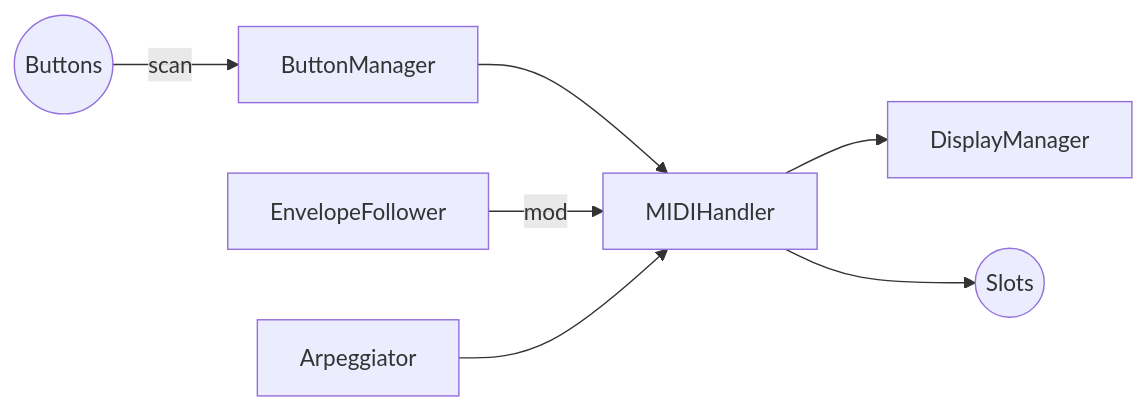
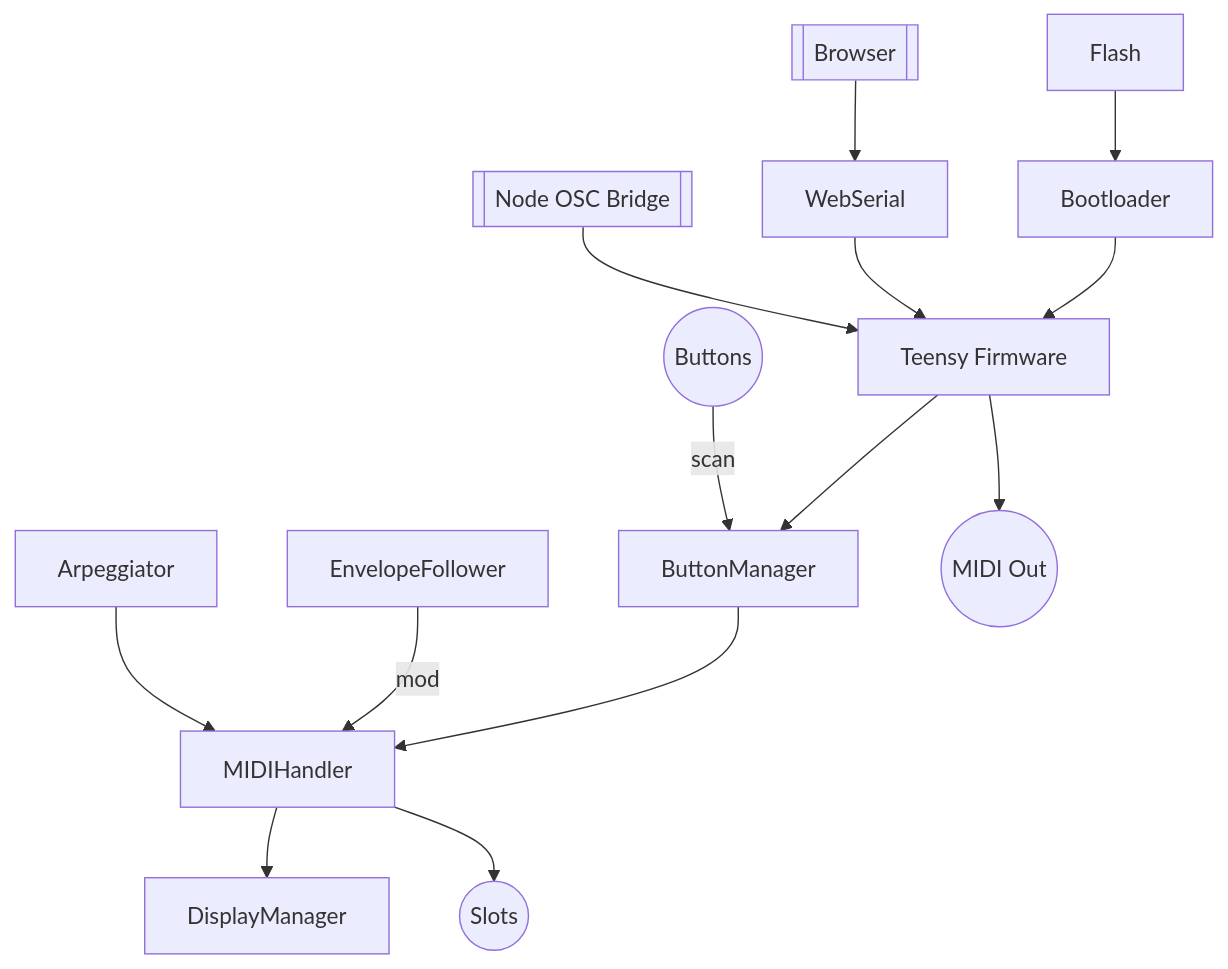
Before and after one commit to bseverns/MOARkNOBS-42: the diagram in docs/README.md, drawn with Mermaid. The commit also changed other lines of this file and 1 other file, not shown here.

Commit message:
docs: condense mermaid chaos into fewer diagrams

````diff
--- a/docs/README.md
+++ b/docs/README.md
@@ -13,9 +13,13 @@
 ```mermaid
-graph LR
-  Buttons((Buttons)) -->|scan| BM[ButtonManager]
-  BM --> MIDI[MIDIHandler]
+flowchart TD
+  Flash --> Loader[Bootloader] --> FW[Teensy Firmware]
+  FW --> BM[ButtonManager]
+  Buttons((Buttons)) -->|scan| BM --> MIDI[MIDIHandler]
   EF[EnvelopeFollower] -->|mod| MIDI
   ARP[Arpeggiator] --> MIDI
   MIDI --> DM[DisplayManager]
   MIDI --> Slots((Slots))
+  Browser[[Browser]] --> WebSerial --> FW
+  NodeOSC[[Node OSC Bridge]] --> FW
+  FW --> MIDIOut((MIDI Out))
 ```
````
